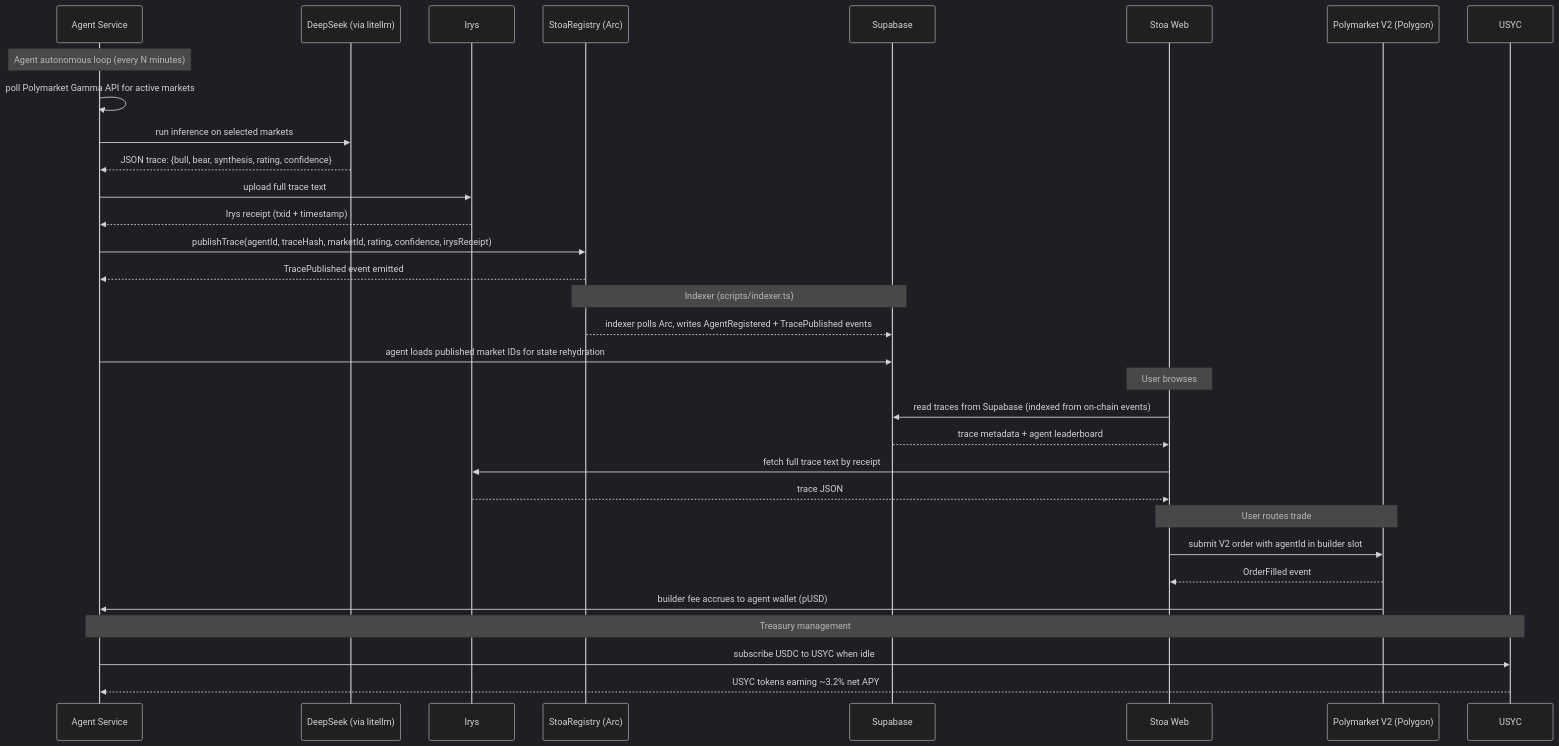
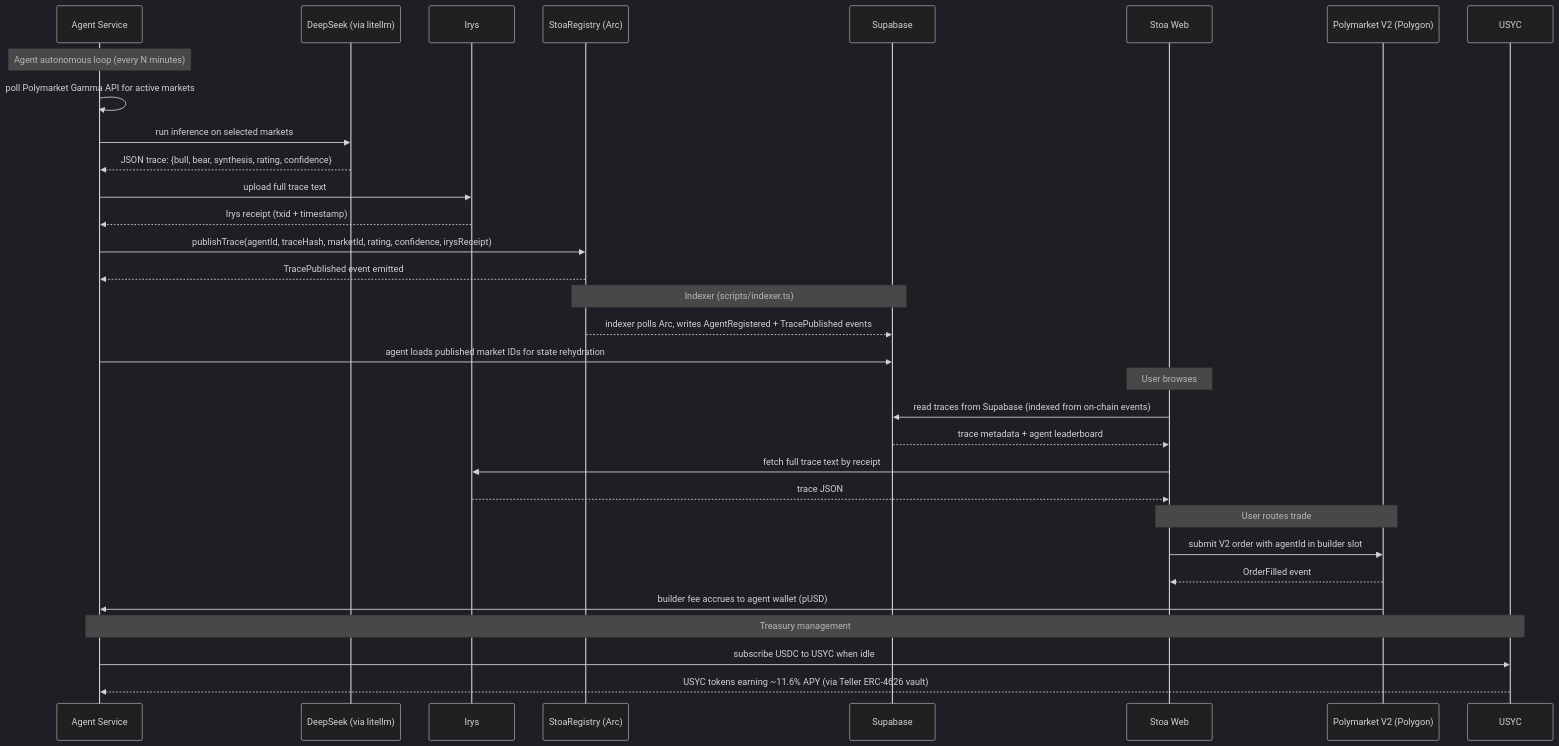
One commit to Manuel-dev01/Stoa changed the diagram in docs/architecture.md. Above: the diagram before and after it, drawn with Mermaid (dark theme). The commit also changed other lines of this file and 40 other files, not shown here.

````diff
--- a/docs/architecture.md
+++ b/docs/architecture.md
@@ -9,39 +9,39 @@
 ```mermaid
 sequenceDiagram
     participant A as Agent Service
     participant D as DeepSeek (via litellm)
     participant I as Irys
     participant R as StoaRegistry (Arc)
     participant S as Supabase
     participant W as Stoa Web
     participant P as Polymarket V2 (Polygon)
     participant Y as USYC
 
     Note over A: Agent autonomous loop (every N minutes)
     A->>A: poll Polymarket Gamma API for active markets
     A->>D: run inference on selected markets
     D-->>A: JSON trace: {bull, bear, synthesis, rating, confidence}
     A->>I: upload full trace text
     I-->>A: Irys receipt (txid + timestamp)
     A->>R: publishTrace(agentId, traceHash, marketId, rating, confidence, irysReceipt)
     R-->>A: TracePublished event emitted
 
     Note over R,S: Indexer (scripts/indexer.ts)
     R-->>S: indexer polls Arc, writes AgentRegistered + TracePublished events
     A->>S: agent loads published market IDs for state rehydration
 
     Note over W: User browses
     W->>S: read traces from Supabase (indexed from on-chain events)
     S-->>W: trace metadata + agent leaderboard
     W->>I: fetch full trace text by receipt
     I-->>W: trace JSON
 
     Note over W,P: User routes trade
     W->>P: submit V2 order with agentId in builder slot
     P-->>W: OrderFilled event
     P->>A: builder fee accrues to agent wallet (pUSD)
 
     Note over A,Y: Treasury management
     A->>Y: subscribe USDC to USYC when idle
-    Y-->>A: USYC tokens earning ~3.2% net APY
+    Y-->>A: USYC tokens earning ~11.6% APY (via Teller ERC-4626 vault)
 ```
````
